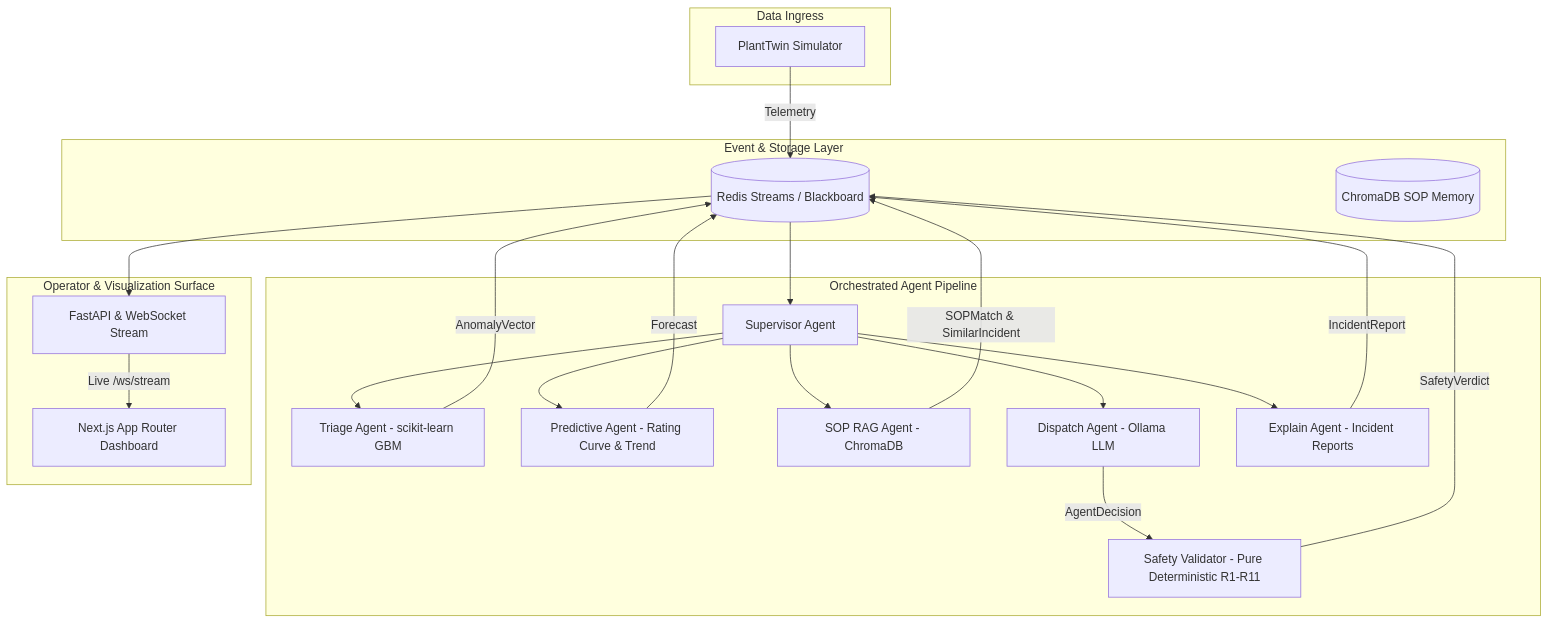
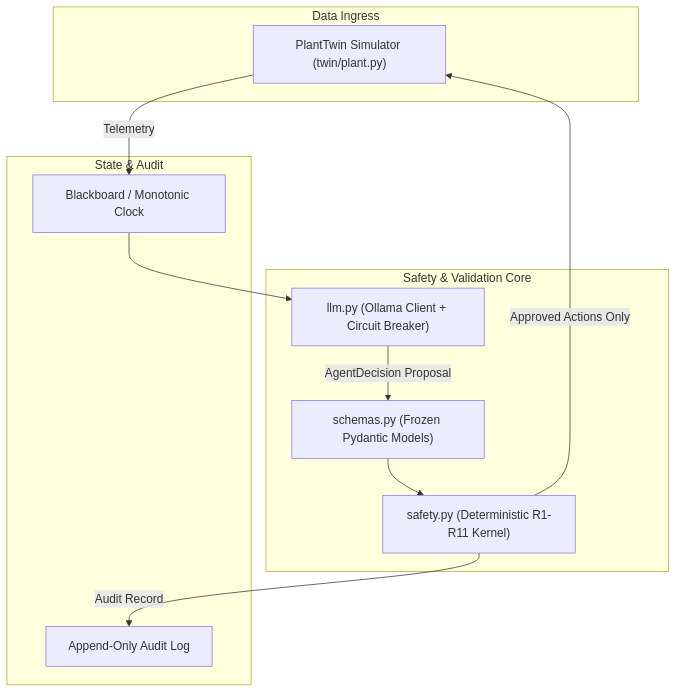
Before and after one commit to anishupr47-git/HydroMesh: the diagram in README.md, drawn with Mermaid. The commit also changed other lines of this file and 3 other files, not shown here.

Commit message:
feat(ops): add micro-benchmarks, matrix CI with security audit gates, and updated README

````diff
--- a/README.md
+++ b/README.md
@@ -17,42 +36,24 @@
 ```mermaid
 flowchart TD
     subgraph DataIngress["Data Ingress"]
-        TW[PlantTwin Simulator]
+        TW["PlantTwin Simulator (twin/plant.py)"]
     end
 
-    subgraph EventCore["Event & Storage Layer"]
-        RB[(Redis Streams / Blackboard)]
-        CH[(ChromaDB SOP Memory)]
+    subgraph SecurityKernel["Safety & Validation Core"]
+        SC["schemas.py (Frozen Pydantic Models)"]
+        SK["safety.py (Deterministic R1-R11 Kernel)"]
+        CB["llm.py (Ollama Client + Circuit Breaker)"]
     end
 
-    subgraph AgentPipeline["Orchestrated Agent Pipeline"]
-        SP[Supervisor Agent]
-        TR[Triage Agent - scikit-learn GBM]
-        PR[Predictive Agent - Rating Curve & Trend]
-        SR[SOP RAG Agent - ChromaDB]
-        DP[Dispatch Agent - Ollama LLM]
-        SV[Safety Validator - Pure Deterministic R1-R11]
-        EX[Explain Agent - Incident Reports]
+    subgraph StateStore["State & Audit"]
+        BB["Blackboard / Monotonic Clock"]
+        AU["Append-Only Audit Log"]
     end
 
-    subgraph OperatorInterface["Operator & Visualization Surface"]
-        API[FastAPI & WebSocket Stream]
-        UI[Next.js App Router Dashboard]
-    end
-
-    TW -->|Telemetry| RB
-    RB --> SP
-    SP --> TR
-    TR -->|AnomalyVector| RB
-    SP --> PR
-    PR -->|Forecast| RB
-    SP --> SR
-    SR -->|SOPMatch & SimilarIncident| RB
-    SP --> DP
-    DP -->|AgentDecision| SV
-    SV -->|SafetyVerdict| RB
-    SP --> EX
-    EX -->|IncidentReport| RB
-    RB --> API
-    API -->|Live /ws/stream| UI
+    TW -->|Telemetry| BB
+    BB --> CB
+    CB -->|AgentDecision Proposal| SC
+    SC --> SK
+    SK -->|Approved Actions Only| TW
+    SK -->|Audit Record| AU
 ```
````
